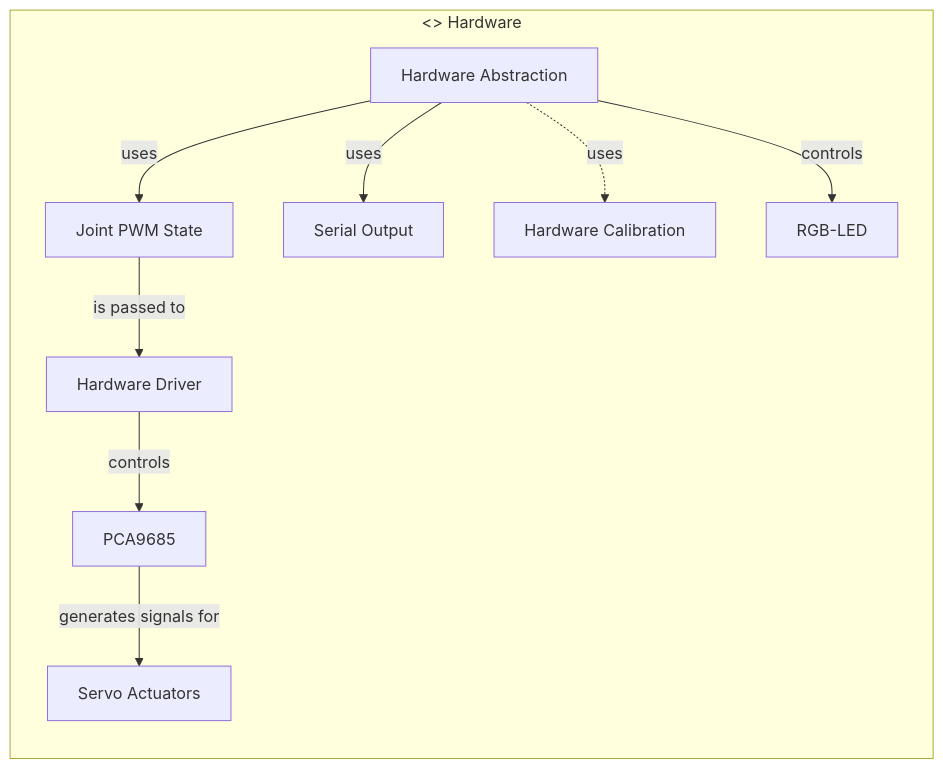
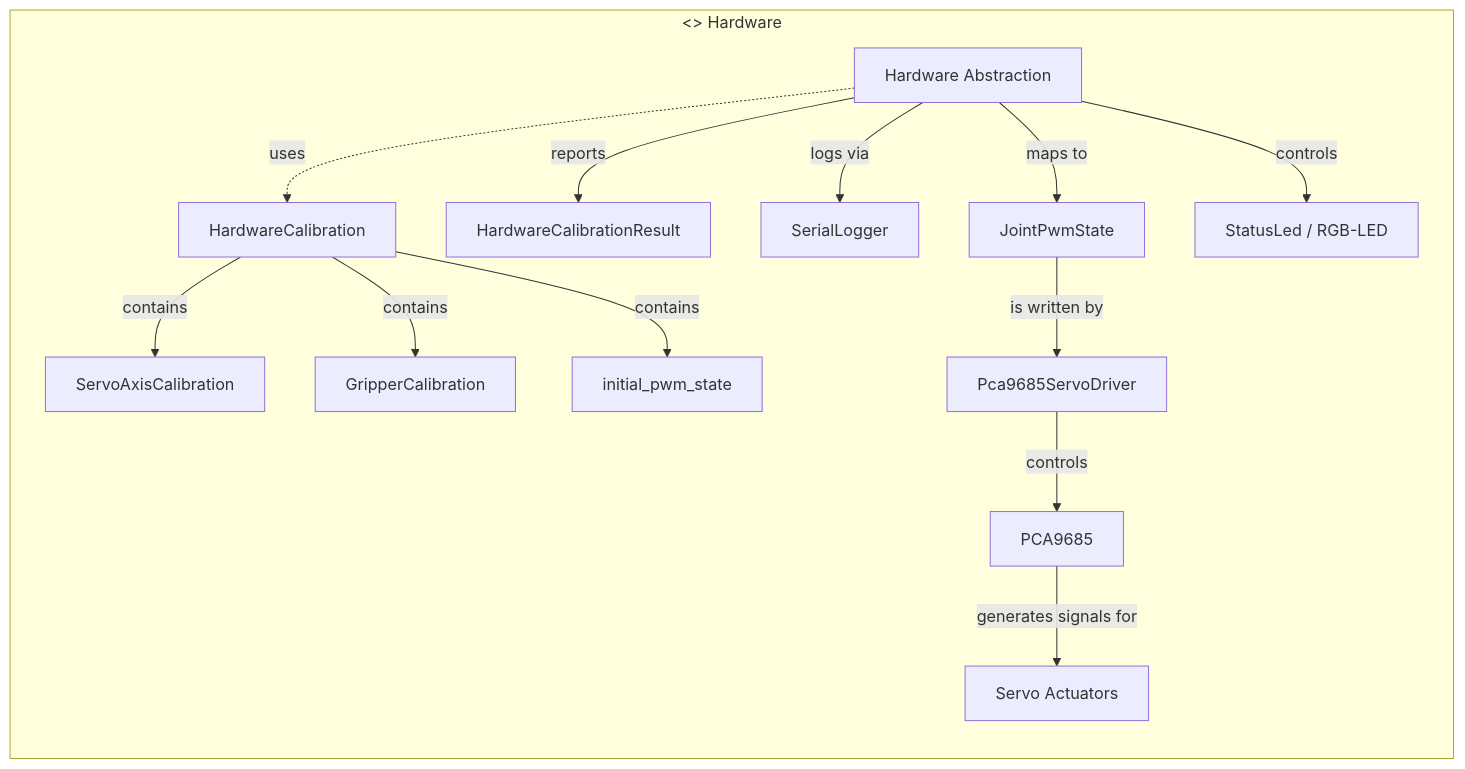
One commit to butz1999/inverse_kinematik changed the fifth of 7 diagrams in doc/projektbeschreibung.md. Above: the diagram before and after it, drawn with Mermaid. The commit also changed other lines of this file, not shown here.

Commit message:
Doku Konsistenzprüfung Architekturdiagramme

````diff
--- a/doc/projektbeschreibung.md
+++ b/doc/projektbeschreibung.md
@@ -520,21 +527,29 @@
 ```mermaid
 flowchart LR
     subgraph HW["<<component>> Hardware"]
         D1[Hardware Abstraction]
-        D2[Hardware Driver]
+        D2[Pca9685ServoDriver]
         D3[PCA9685]
         D4[Servo Actuators]
-        D5[Hardware Calibration]
-        D6[Joint PWM State]
-        D7[Serial Output]
-        D8[RGB-LED]
+        D5[HardwareCalibration]
+        D6[JointPwmState]
+        D7[SerialLogger]
+        D8[StatusLed / RGB-LED]
+        D9[ServoAxisCalibration]
+        D10[GripperCalibration]
+        D11[initial_pwm_state]
+        D12[HardwareCalibrationResult]
 
-        D1 -->|uses| D6
-        D1 -->|uses| D7
+        D1 -->|maps to| D6
+        D1 -->|reports| D12
+        D1 -->|logs via| D7
         D1 -.->|uses| D5
-        D6 -->|is passed to| D2
+        D5 -->|contains| D9
+        D5 -->|contains| D10
+        D5 -->|contains| D11
+        D6 -->|is written by| D2
         D2 -->|controls| D3
         D3 -->|generates signals for| D4
         D1 -->|controls| D8
     end
 ```
````
